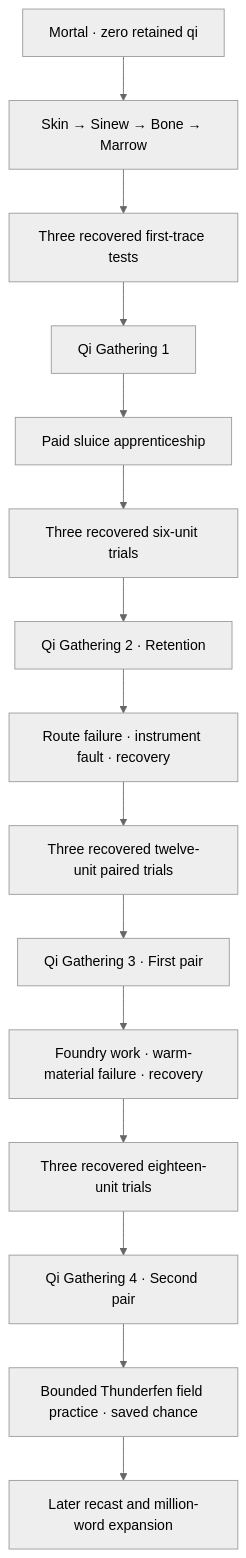
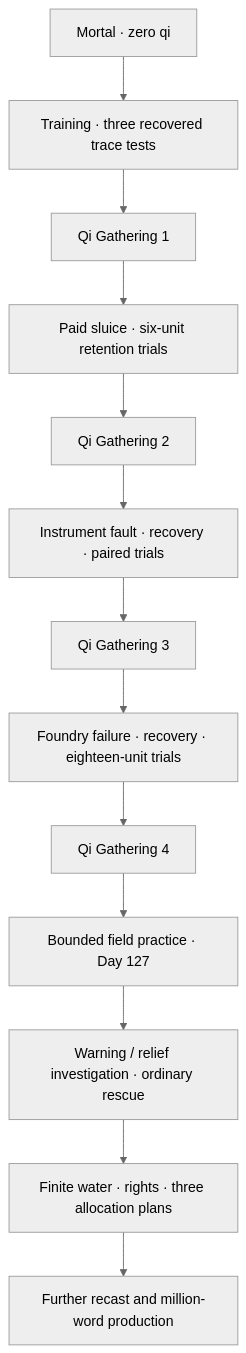
The diagram in docs/CULTIVATION_REWRITE.md (jgyy/octxian), drawn with Mermaid (neutral theme) before and after one commit. The commit also changed other lines of this file and 19 other files, not shown here.

First line of the commit message:
story: continue storm ledger and salt-road journey with 24,617 original words and native art integration

````diff
--- a/docs/CULTIVATION_REWRITE.md
+++ b/docs/CULTIVATION_REWRITE.md
@@ -45,17 +49,15 @@
 ```mermaid
 flowchart TD
-    Mortal["Mortal · zero retained qi"] --> Body["Skin → Sinew → Bone → Marrow"]
-    Body --> Trace["Three recovered first-trace tests"]
+    Mortal["Mortal · zero qi"] --> Trace["Training · three recovered trace tests"]
     Trace --> One["Qi Gathering 1"]
-    One --> Sluice["Paid sluice apprenticeship"]
-    Sluice --> Retention["Three recovered six-unit trials"]
-    Retention --> Two["Qi Gathering 2 · Retention"]
-    Two --> Failure["Route failure · instrument fault · recovery"]
-    Failure --> Pair["Three recovered twelve-unit paired trials"]
-    Pair --> Three["Qi Gathering 3 · First pair"]
-    Three --> Foundry["Foundry work · warm-material failure · recovery"]
-    Foundry --> Trials4["Three recovered eighteen-unit trials"]
-    Trials4 --> Four["Qi Gathering 4 · Second pair"]
-    Four --> Thunderfen["Bounded Thunderfen field practice · saved chance"]
-    Thunderfen --> Remaining["Later recast and million-word expansion"]
+    One --> Retention["Paid sluice · six-unit retention trials"]
+    Retention --> Two["Qi Gathering 2"]
+    Two --> Recovery["Instrument fault · recovery · paired trials"]
+    Recovery --> Three["Qi Gathering 3"]
+    Three --> Foundry["Foundry failure · recovery · eighteen-unit trials"]
+    Foundry --> Four["Qi Gathering 4"]
+    Four --> Thunderfen["Bounded field practice · Day 127"]
+    Thunderfen --> Storm["Warning / relief investigation · ordinary rescue"]
+    Storm --> Salt["Finite water · rights · three allocation plans"]
+    Salt --> Future["Further recast and million-word production"]
 ```
````
